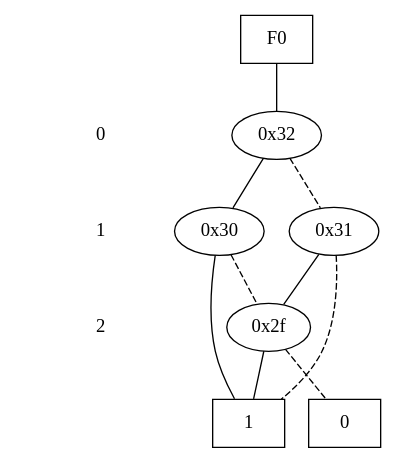
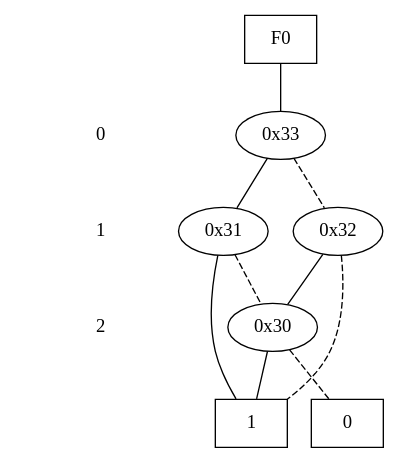
One commit to brewmaster011/bdd_generator changed the diagram in bdd/graph.dot. Above: the diagram before and after it, drawn with Graphviz. The commit also changed 4 other files, not shown here.

```diff
--- a/bdd/graph.dot
+++ b/bdd/graph.dot
@@ -1,38 +1,38 @@
 digraph "DD" {
 size = "7.5,10"
 center = true;
 edge [dir = none];
 { node [shape = plaintext];
   edge [style = invis];
   "CONST NODES" [style = invis];
 " 0 " -> " 1 " -> " 2 " -> "CONST NODES"; 
 }
 { rank = same; node [shape = box]; edge [style = invis];
 "F0"; }
 { rank = same; " 0 ";
+"0x33";
+}
+{ rank = same; " 1 ";
+"0x31";
 "0x32";
 }
-{ rank = same; " 1 ";
+{ rank = same; " 2 ";
 "0x30";
-"0x31";
-}
-{ rank = same; " 2 ";
-"0x2f";
 }
 { rank = same; "CONST NODES";
-{ node [shape = box]; "0x25";
-"0x24";
+{ node [shape = box]; "0x26";
+"0x25";
 }
 }
-"F0" -> "0x32" [style = solid];
+"F0" -> "0x33" [style = solid];
+"0x33" -> "0x31";
+"0x33" -> "0x32" [style = dashed];
+"0x31" -> "0x25";
+"0x31" -> "0x30" [style = dashed];
 "0x32" -> "0x30";
-"0x32" -> "0x31" [style = dashed];
-"0x30" -> "0x24";
-"0x30" -> "0x2f" [style = dashed];
-"0x31" -> "0x2f";
-"0x31" -> "0x24" [style = dashed];
-"0x2f" -> "0x24";
-"0x2f" -> "0x25" [style = dashed];
-"0x25" [label = "0"];
-"0x24" [label = "1"];
+"0x32" -> "0x25" [style = dashed];
+"0x30" -> "0x25";
+"0x30" -> "0x26" [style = dashed];
+"0x26" [label = "0"];
+"0x25" [label = "1"];
 }
```
